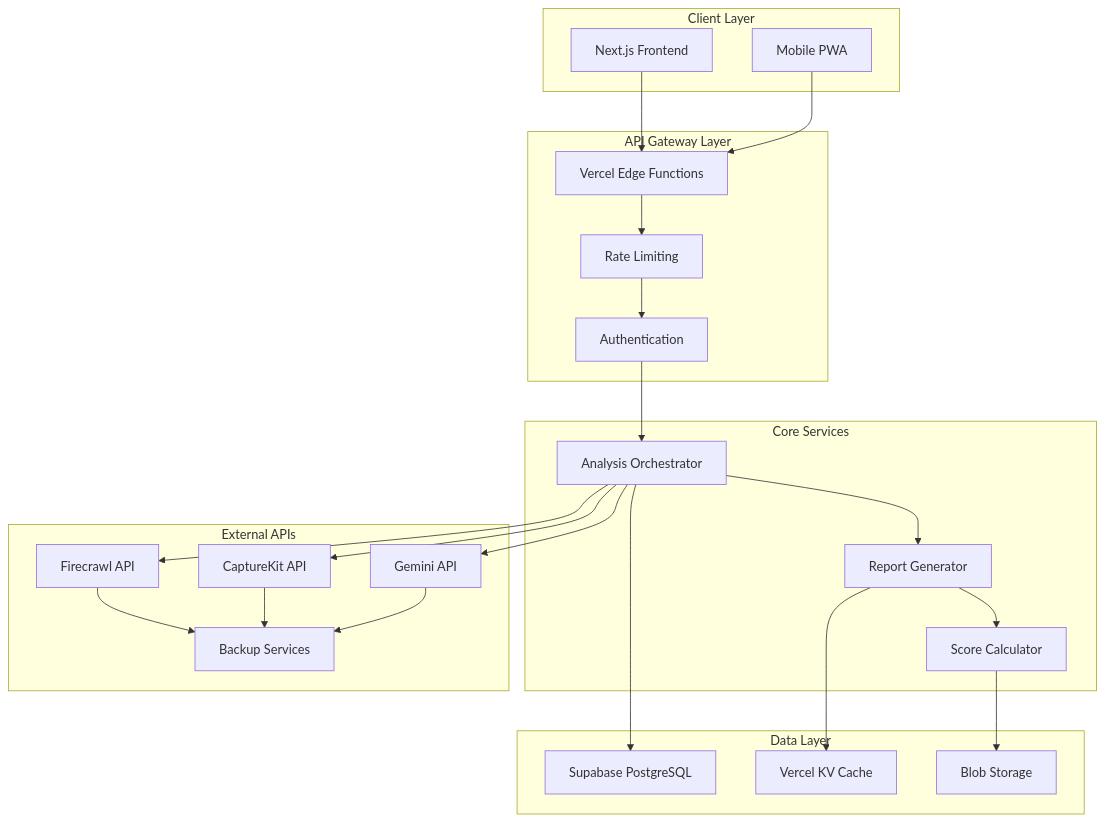
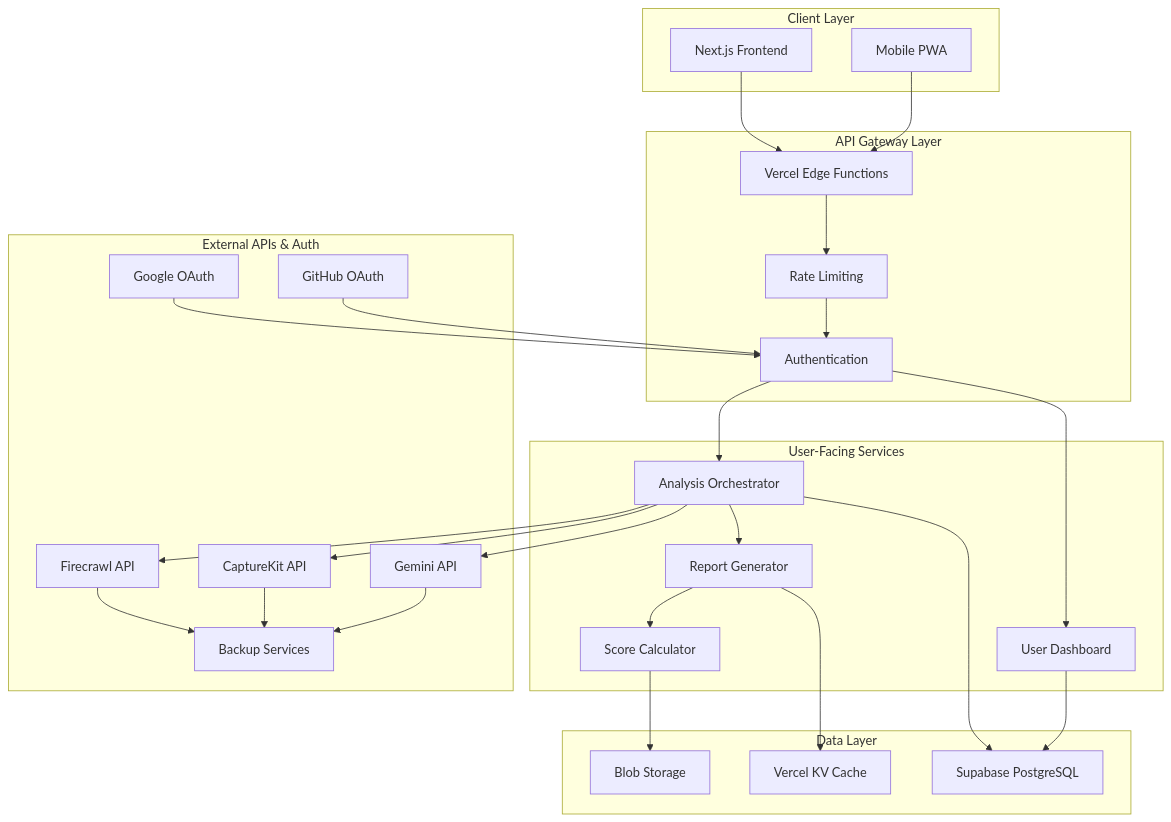
Before and after one commit to Waisnu/plusfolio: the diagram in docs/architecture.md, drawn with Mermaid. The commit also changed other lines of this file and 19 other files, not shown here.

````diff
--- a/docs/architecture.md
+++ b/docs/architecture.md
@@ -23,49 +23,56 @@
 ```mermaid
 graph TB
     subgraph "Client Layer"
         A[Next.js Frontend]
         B[Mobile PWA]
     end
     
     subgraph "API Gateway Layer"
         C[Vercel Edge Functions]
         D[Rate Limiting]
         E[Authentication]
     end
-    
-    subgraph "Core Services"
+
+    subgraph "User-Facing Services"
         F[Analysis Orchestrator]
         G[Report Generator]
         H[Score Calculator]
+        U[User Dashboard]
     end
     
-    subgraph "External APIs"
+    subgraph "External APIs & Auth"
         I[Firecrawl API]
         J[CaptureKit API]
         K[Gemini API]
         L[Backup Services]
+        AUTH_G[Google OAuth]
+        AUTH_GH[GitHub OAuth]
     end
     
     subgraph "Data Layer"
         M[Supabase PostgreSQL]
         N[Vercel KV Cache]
         O[Blob Storage]
     end
     
     A --> C
     B --> C
     C --> D
     D --> E
     E --> F
+    E --> U
+    AUTH_G --> E
+    AUTH_GH --> E
     F --> I
     F --> J
     F --> K
     F --> G
     G --> H
+    U --> M
     F --> M
     G --> N
     H --> O
     I --> L
     J --> L
     K --> L
 ```
````
